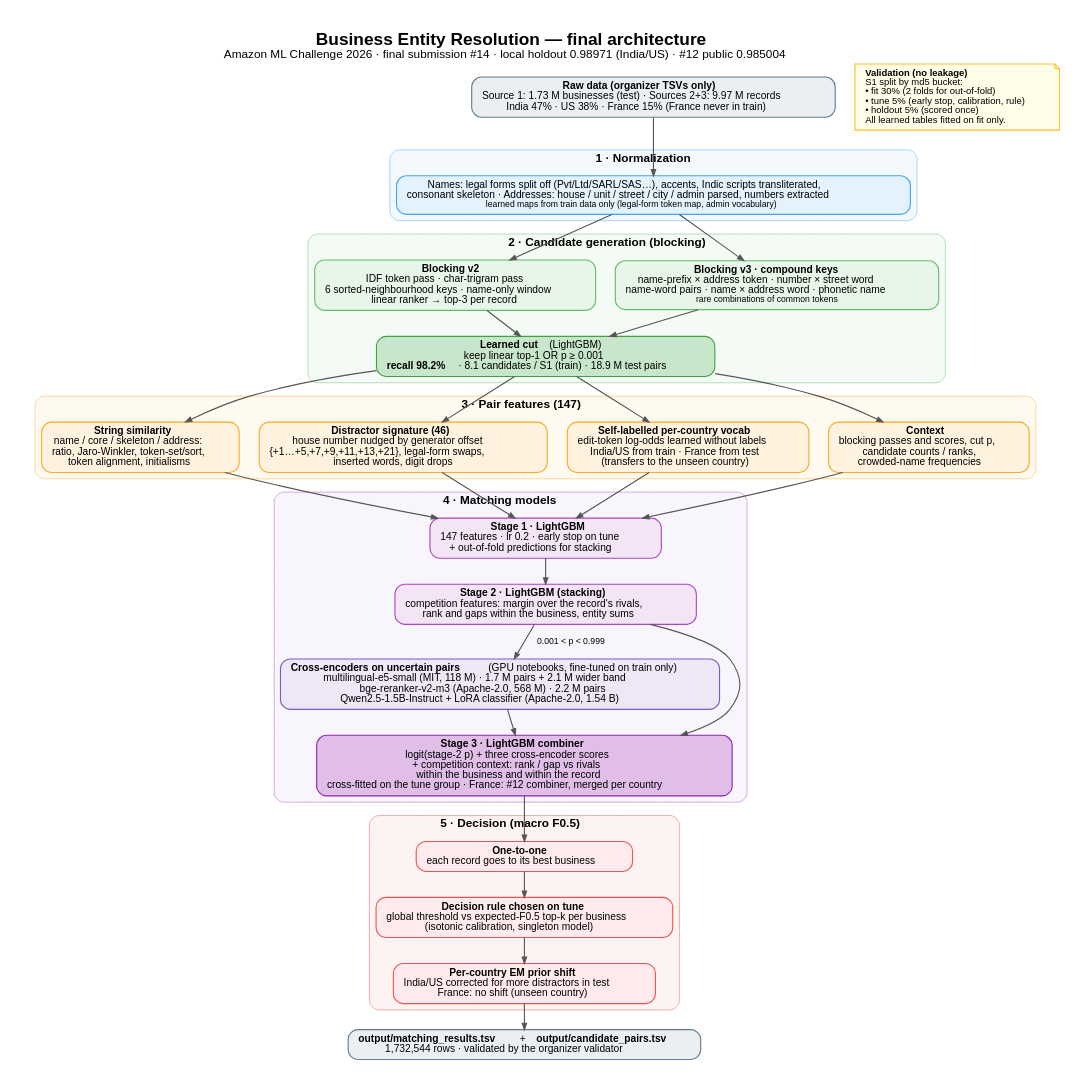
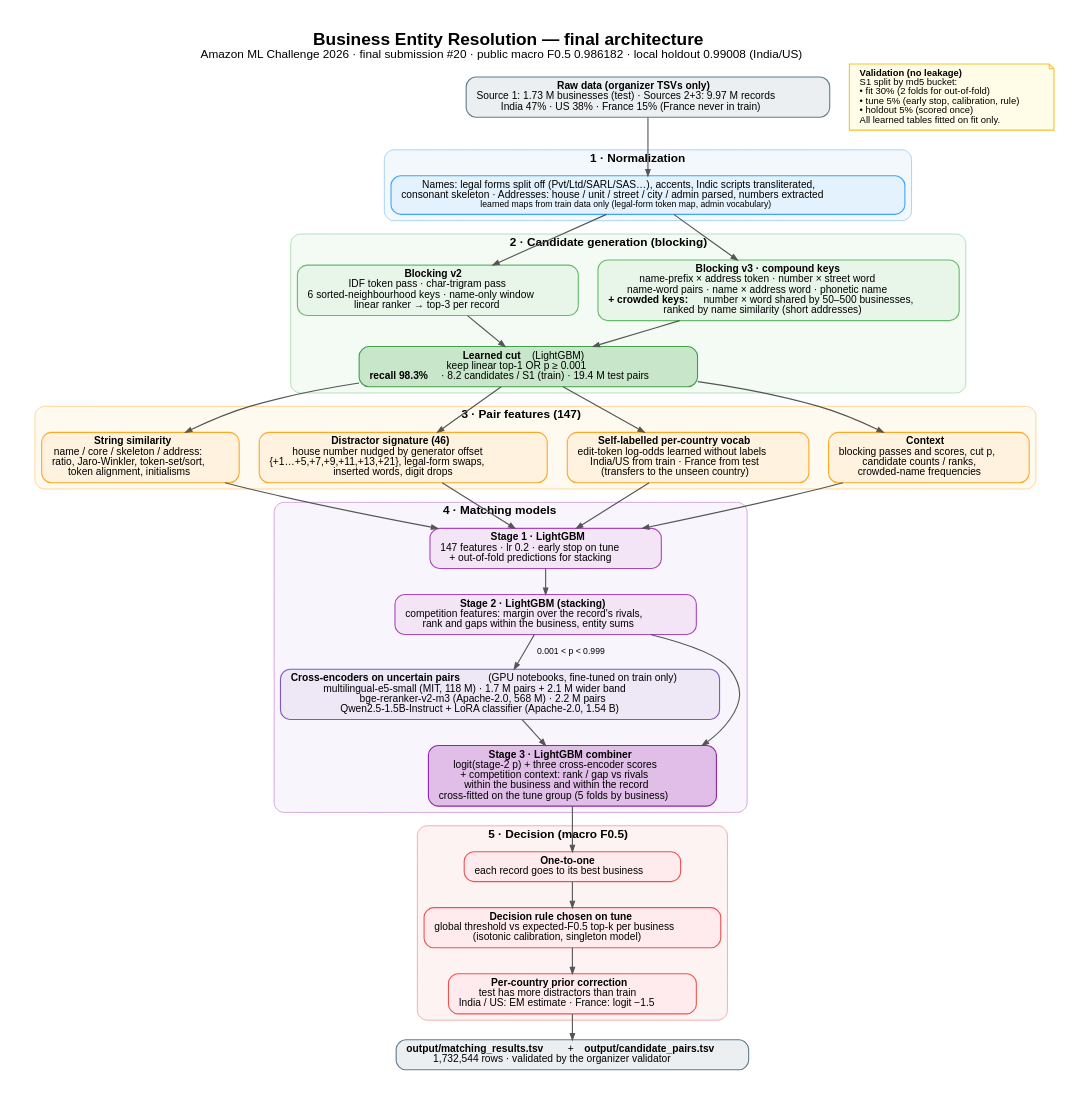
The diagram in docs/diagrams/final_architecture.dot (Dharaneswara-Reddy/amazon-ml-challenge-2026), drawn with Graphviz before and after one commit. The commit also changed 4 other files, not shown here.

Commit message:
Methodology aligned with the final submission #20; diagram updated

```diff
--- a/docs/diagrams/final_architecture.dot
+++ b/docs/diagrams/final_architecture.dot
@@ -1,62 +1,62 @@
-// Final architecture of the submitted solution (#14 final, local holdout 0.98971; #12 public 0.985004).
+// Final architecture of the submitted solution (#20 final: public 0.986182, local holdout 0.99008).
 // Render: dot -Tpng -Gdpi=180 final_architecture.dot -o final_architecture.png
 digraph arch {
   graph [rankdir=TB, fontname="Helvetica", fontsize=22, labelloc=t, nodesep=0.35, ranksep=0.45, pad=0.4,
-         label=<<B>Business Entity Resolution — final architecture</B><BR/><FONT POINT-SIZE="15">Amazon ML Challenge 2026 · final submission #14 · local holdout 0.98971 (India/US) · #12 public 0.985004</FONT>>];
+         label=<<B>Business Entity Resolution — final architecture</B><BR/><FONT POINT-SIZE="15">Amazon ML Challenge 2026 · final submission #20 · public macro F0.5 0.986182 · local holdout 0.99008 (India/US)</FONT>>];
   node  [shape=box, style="rounded,filled", fontname="Helvetica", fontsize=13, penwidth=1.4, margin="0.18,0.08"];
   edge  [color="#555555", penwidth=1.4, arrowsize=0.8, fontname="Helvetica", fontsize=11];
 
   input [label=<<B>Raw data (organizer TSVs only)</B><BR/>Source 1: 1.73 M businesses (test) · Sources 2+3: 9.97 M records<BR/>India 47% · US 38% · France 15% (France never in train)>, fillcolor="#eceff1", color="#607d8b"];
 
   subgraph cluster_norm {
     label=<<B>1 · Normalization</B>>; style="rounded,filled"; fillcolor="#f3f8fd"; color="#90caf9"; fontsize=15;
     norm [label=<Names: legal forms split off (Pvt/Ltd/SARL/SAS…), accents, Indic scripts transliterated,<BR/>consonant skeleton · Addresses: house / unit / street / city / admin parsed, numbers extracted<BR/><FONT POINT-SIZE="11">learned maps from train data only (legal-form token map, admin vocabulary)</FONT>>, fillcolor="#e3f2fd", color="#42a5f5"];
   }
 
   subgraph cluster_block {
     label=<<B>2 · Candidate generation (blocking)</B>>; style="rounded,filled"; fillcolor="#f3fbf4"; color="#a5d6a7"; fontsize=15;
     b2 [label=<<B>Blocking v2</B><BR/>IDF token pass · char-trigram pass<BR/>6 sorted-neighbourhood keys · name-only window<BR/>linear ranker → top-3 per record>, fillcolor="#e8f5e9", color="#66bb6a"];
-    b3 [label=<<B>Blocking v3 · compound keys</B><BR/>name-prefix × address token · number × street word<BR/>name-word pairs · name × address word · phonetic name<BR/><FONT POINT-SIZE="11">rare combinations of common tokens</FONT>>, fillcolor="#e8f5e9", color="#66bb6a"];
-    cut [label=<<B>Learned cut</B> (LightGBM)<BR/>keep linear top-1 OR p ≥ 0.001<BR/><B>recall 98.2%</B> · 8.1 candidates / S1 (train) · 18.9 M test pairs>, fillcolor="#c8e6c9", color="#43a047"];
+    b3 [label=<<B>Blocking v3 · compound keys</B><BR/>name-prefix × address token · number × street word<BR/>name-word pairs · name × address word · phonetic name<BR/><B>+ crowded keys:</B> number × word shared by 50–500 businesses,<BR/>ranked by name similarity (short addresses)>, fillcolor="#e8f5e9", color="#66bb6a"];
+    cut [label=<<B>Learned cut</B> (LightGBM)<BR/>keep linear top-1 OR p ≥ 0.001<BR/><B>recall 98.3%</B> · 8.2 candidates / S1 (train) · 19.4 M test pairs>, fillcolor="#c8e6c9", color="#43a047"];
     {rank=same; b2; b3}
   }
 
   subgraph cluster_feat {
     label=<<B>3 · Pair features (147)</B>>; style="rounded,filled"; fillcolor="#fffaf0"; color="#ffcc80"; fontsize=15;
     fs [label=<<B>String similarity</B><BR/>name / core / skeleton / address:<BR/>ratio, Jaro-Winkler, token-set/sort,<BR/>token alignment, initialisms>, fillcolor="#fff3e0", color="#ffa726"];
     fg [label=<<B>Distractor signature (46)</B><BR/>house number nudged by generator offset<BR/>{+1…+5,+7,+9,+11,+13,+21}, legal-form swaps,<BR/>inserted words, digit drops>, fillcolor="#fff3e0", color="#ffa726"];
     fv [label=<<B>Self-labelled per-country vocab</B><BR/>edit-token log-odds learned without labels<BR/>India/US from train · France from test<BR/>(transfers to the unseen country)>, fillcolor="#fff3e0", color="#ffa726"];
     fc [label=<<B>Context</B><BR/>blocking passes and scores, cut p,<BR/>candidate counts / ranks,<BR/>crowded-name frequencies>, fillcolor="#fff3e0", color="#ffa726"];
     {rank=same; fs; fg; fv; fc}
   }
 
   subgraph cluster_model {
     label=<<B>4 · Matching models</B>>; style="rounded,filled"; fillcolor="#f8f5fc"; color="#ce93d8"; fontsize=15;
     s1 [label=<<B>Stage 1 · LightGBM</B><BR/>147 features · lr 0.2 · early stop on tune<BR/>+ out-of-fold predictions for stacking>, fillcolor="#f3e5f5", color="#ab47bc"];
     s2 [label=<<B>Stage 2 · LightGBM (stacking)</B><BR/>competition features: margin over the record's rivals,<BR/>rank and gaps within the business, entity sums>, fillcolor="#f3e5f5", color="#ab47bc"];
     ce [label=<<B>Cross-encoders on uncertain pairs</B> (GPU notebooks, fine-tuned on train only)<BR/>multilingual-e5-small (MIT, 118 M) · 1.7 M pairs + 2.1 M wider band<BR/>bge-reranker-v2-m3 (Apache-2.0, 568 M) · 2.2 M pairs<BR/>Qwen2.5-1.5B-Instruct + LoRA classifier (Apache-2.0, 1.54 B)>, fillcolor="#ede7f6", color="#7e57c2"];
-    s3 [label=<<B>Stage 3 · LightGBM combiner</B><BR/>logit(stage-2 p) + three cross-encoder scores<BR/>+ competition context: rank / gap vs rivals<BR/>within the business and within the record<BR/>cross-fitted on the tune group · France: #12 combiner, merged per country>, fillcolor="#e1bee7", color="#8e24aa"];
+    s3 [label=<<B>Stage 3 · LightGBM combiner</B><BR/>logit(stage-2 p) + three cross-encoder scores<BR/>+ competition context: rank / gap vs rivals<BR/>within the business and within the record<BR/>cross-fitted on the tune group (5 folds by business)>, fillcolor="#e1bee7", color="#8e24aa"];
   }
 
   subgraph cluster_dec {
     label=<<B>5 · Decision (macro F0.5)</B>>; style="rounded,filled"; fillcolor="#fdf3f3"; color="#ef9a9a"; fontsize=15;
     oto [label=<<B>One-to-one</B><BR/>each record goes to its best business>, fillcolor="#ffebee", color="#ef5350"];
     rule [label=<<B>Decision rule chosen on tune</B><BR/>global threshold vs expected-F0.5 top-k per business<BR/>(isotonic calibration, singleton model)>, fillcolor="#ffebee", color="#ef5350"];
-    shift [label=<<B>Per-country EM prior shift</B><BR/>India/US corrected for more distractors in test<BR/>France: no shift (unseen country)>, fillcolor="#ffebee", color="#ef5350"];
+    shift [label=<<B>Per-country prior correction</B><BR/>test has more distractors than train<BR/>India / US: EM estimate · France: logit −1.5>, fillcolor="#ffebee", color="#ef5350"];
   }
 
   out [label=<<B>output/matching_results.tsv</B> + <B>output/candidate_pairs.tsv</B><BR/>1,732,544 rows · validated by the organizer validator>, fillcolor="#eceff1", color="#607d8b"];
 
   val [shape=note, style="filled", fillcolor="#fffde7", color="#fbc02d", fontsize=12,
        label=<<B>Validation (no leakage)</B><BR ALIGN="LEFT"/>S1 split by md5 bucket:<BR ALIGN="LEFT"/>• fit 30% (2 folds for out-of-fold)<BR ALIGN="LEFT"/>• tune 5% (early stop, calibration, rule)<BR ALIGN="LEFT"/>• holdout 5% (scored once)<BR ALIGN="LEFT"/>All learned tables fitted on fit only.<BR ALIGN="LEFT"/>>];
 
   input -> norm;
   norm -> b2; norm -> b3;
   b2 -> cut; b3 -> cut;
   cut -> fs; cut -> fg; cut -> fv; cut -> fc;
   fs -> s1; fg -> s1; fv -> s1; fc -> s1;
   s1 -> s2;
   s2 -> ce [label="  0.001 < p < 0.999"];
   s2 -> s3; ce -> s3;
   s3 -> oto -> rule -> shift -> out;
 }
```
